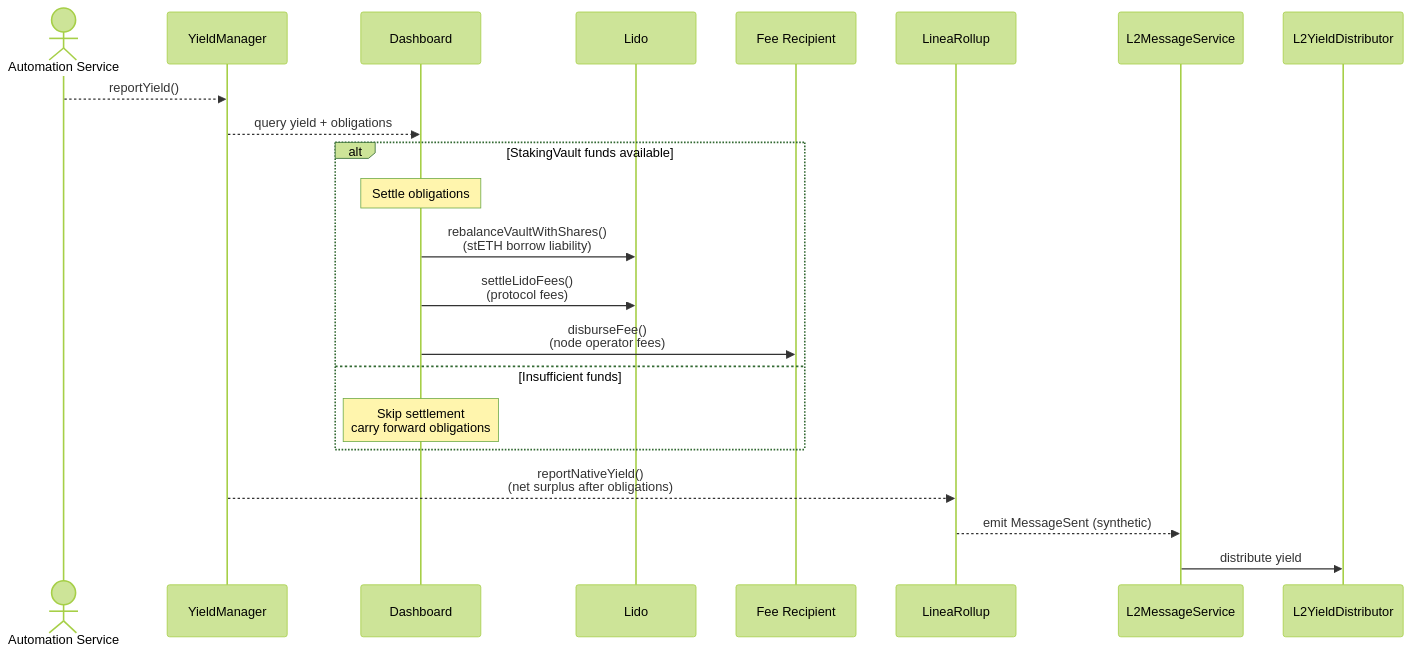
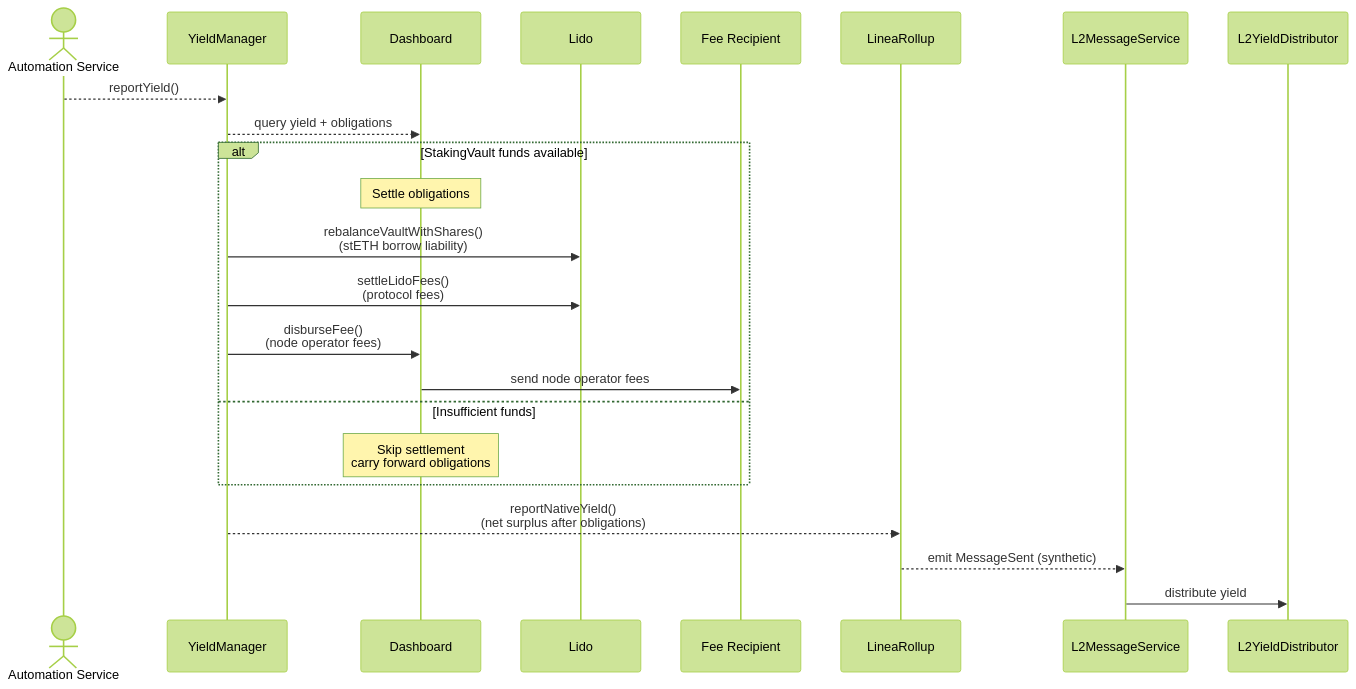
One commit to Consensys/linea-monorepo changed the fourth of 8 diagrams in docs/yield-boost-fund-flow.md. Above: the diagram before and after it, drawn with Mermaid (forest theme). The commit also changed other lines of this file, not shown here.

First line of the commit message:
docs: correct fund flow accuracy in roles and sequences

````diff
--- a/docs/yield-boost-fund-flow.md
+++ b/docs/yield-boost-fund-flow.md
@@ -113,27 +113,28 @@
 ```mermaid
 sequenceDiagram
     actor Auto as Automation Service
     participant YM as YieldManager
     participant DB as Dashboard
     participant Lido as Lido
     participant Fee as Fee Recipient
     participant LR as LineaRollup
     participant L2MS as L2MessageService
     participant L2YD as L2YieldDistributor
 
     Auto-->>YM: reportYield()
     YM-->>DB: query yield + obligations
 
     alt StakingVault funds available
         Note over DB: Settle obligations
-        DB->>Lido: rebalanceVaultWithShares()<br/>(stETH borrow liability)
-        DB->>Lido: settleLidoFees()<br/>(protocol fees)
-        DB->>Fee: disburseFee()<br/>(node operator fees)
+        YM->>Lido: rebalanceVaultWithShares()<br/>(stETH borrow liability)
+        YM->>Lido: settleLidoFees()<br/>(protocol fees)
+        YM->>DB: disburseFee()<br/>(node operator fees)
+        DB->>Fee: send node operator fees
     else Insufficient funds
         Note over DB: Skip settlement<br/>carry forward obligations
     end
 
     YM-->>LR: reportNativeYield()<br/>(net surplus after obligations)
     LR-->>L2MS: emit MessageSent (synthetic)
     L2MS->>L2YD: distribute yield
 ```
````
